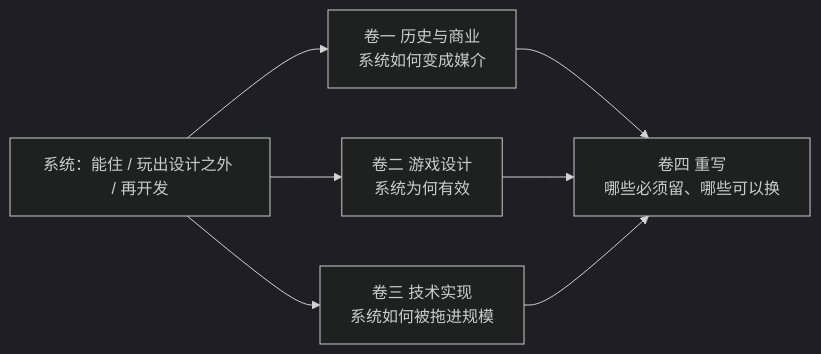
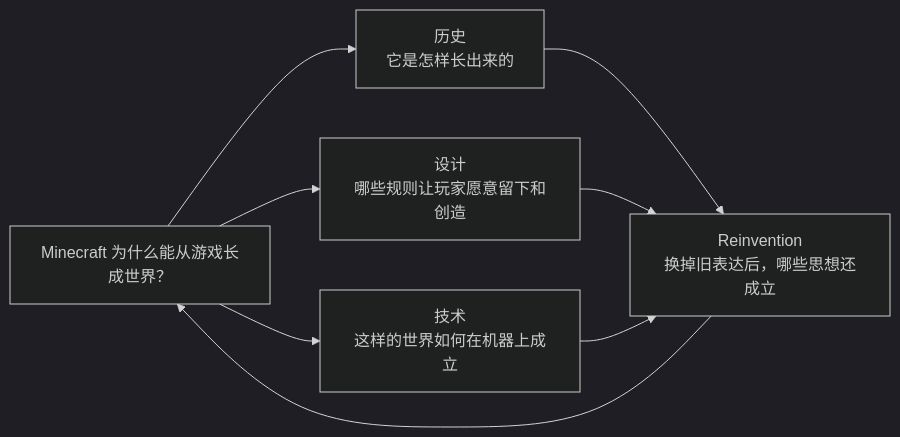
Before and after one commit to Dreamtowards/Thinking-In-Minecraft: the diagram in docs/prelude/thesis.mdx, drawn with Mermaid (dark theme). The commit also changed other lines of this file and 21 other files, not shown here.

````diff
--- a/docs/prelude/thesis.mdx
+++ b/docs/prelude/thesis.mdx
@@ -52,15 +44,16 @@
 ```mermaid
 flowchart LR
-  sys["系统：能住 / 玩出设计之外 / 再开发"]
-  v1["卷一 历史与商业<br/>系统如何变成媒介"]
-  v2["卷二 游戏设计<br/>系统为何有效"]
-  v3["卷三 技术实现<br/>系统如何被拖进规模"]
-  v4["卷四 重写<br/>哪些必须留、哪些可以换"]
+  Q["Minecraft 为什么能从游戏长成世界？"]
+  H["历史<br/>它是怎样长出来的"]
+  D["设计<br/>哪些规则让玩家愿意留下和创造"]
+  T["技术<br/>这样的世界如何在机器上成立"]
+  R["Reinvention<br/>换掉旧表达后，哪些思想还成立"]
 
-  sys --> v1
-  sys --> v2
-  sys --> v3
-  v1 --> v4
-  v2 --> v4
-  v3 --> v4
+  Q --> H
+  Q --> D
+  Q --> T
+  H --> R
+  D --> R
+  T --> R
+  R --> Q
 ```
````
